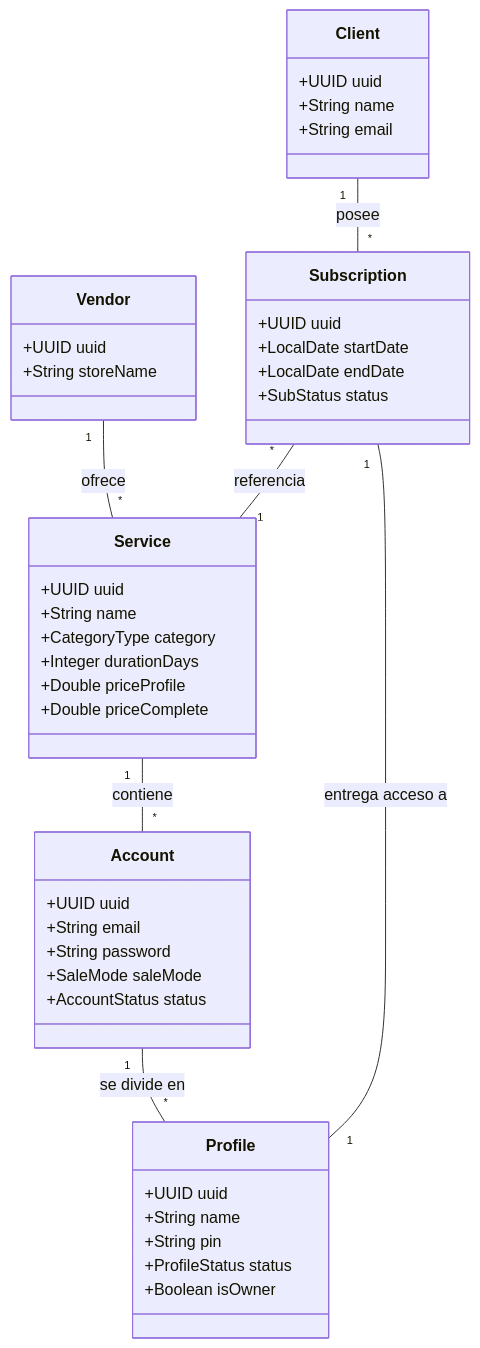
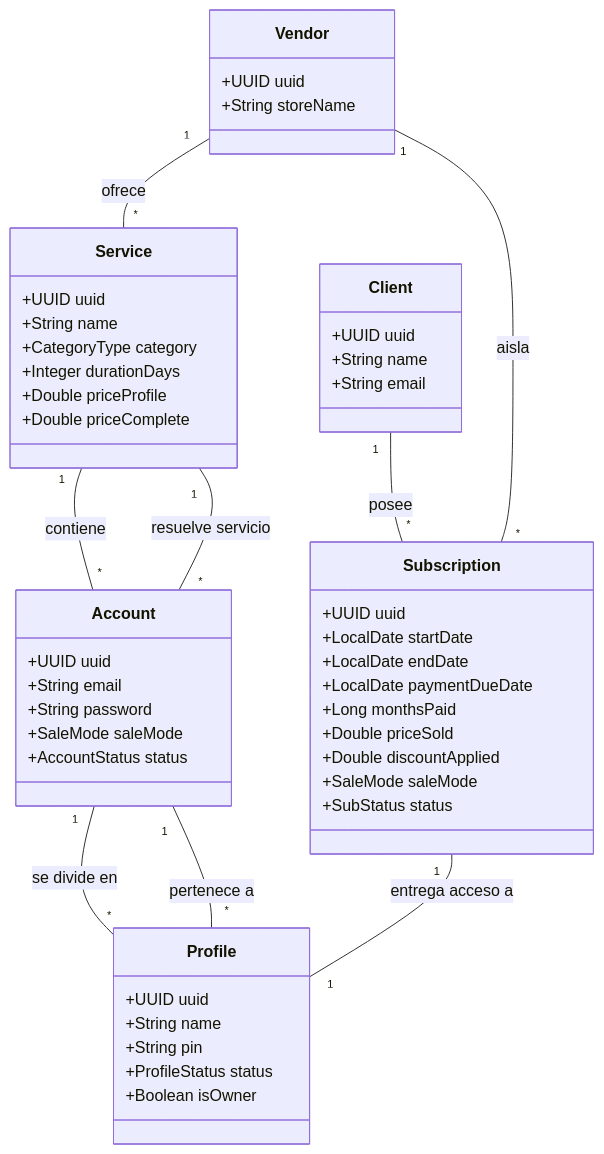
Before and after one commit to alexanderCanon/neversion: the diagram in docs/diagrams/domain-model.md, drawn with Mermaid. The commit also changed other lines of this file and 47 other files, not shown here.

````diff
--- a/docs/diagrams/domain-model.md
+++ b/docs/diagrams/domain-model.md
@@ -5,53 +5,60 @@
 ```mermaid
 classDiagram
     class Vendor {
         +UUID uuid
         +String storeName
     }
 
     class Service {
         +UUID uuid
         +String name
         +CategoryType category
         +Integer durationDays
         +Double priceProfile
         +Double priceComplete
     }
 
     class Account {
         +UUID uuid
         +String email
         +String password
         +SaleMode saleMode
         +AccountStatus status
     }
 
     class Profile {
         +UUID uuid
         +String name
         +String pin
         +ProfileStatus status
         +Boolean isOwner
     }
 
     class Subscription {
         +UUID uuid
         +LocalDate startDate
         +LocalDate endDate
+        +LocalDate paymentDueDate
+        +Long monthsPaid
+        +Double priceSold
+        +Double discountApplied
+        +SaleMode saleMode
         +SubStatus status
     }
 
     class Client {
         +UUID uuid
         +String name
         +String email
     }
 
     Vendor "1" -- "*" Service : ofrece
     Service "1" -- "*" Account : contiene
     Account "1" -- "*" Profile : se divide en
     
     Client "1" -- "*" Subscription : posee
-    Subscription "*" -- "1" Service : referencia
+    Vendor "1" -- "*" Subscription : aisla
     Subscription "1" -- "1" Profile : entrega acceso a
+    Profile "*" -- "1" Account : pertenece a
+    Account "*" -- "1" Service : resuelve servicio
 ```
````
